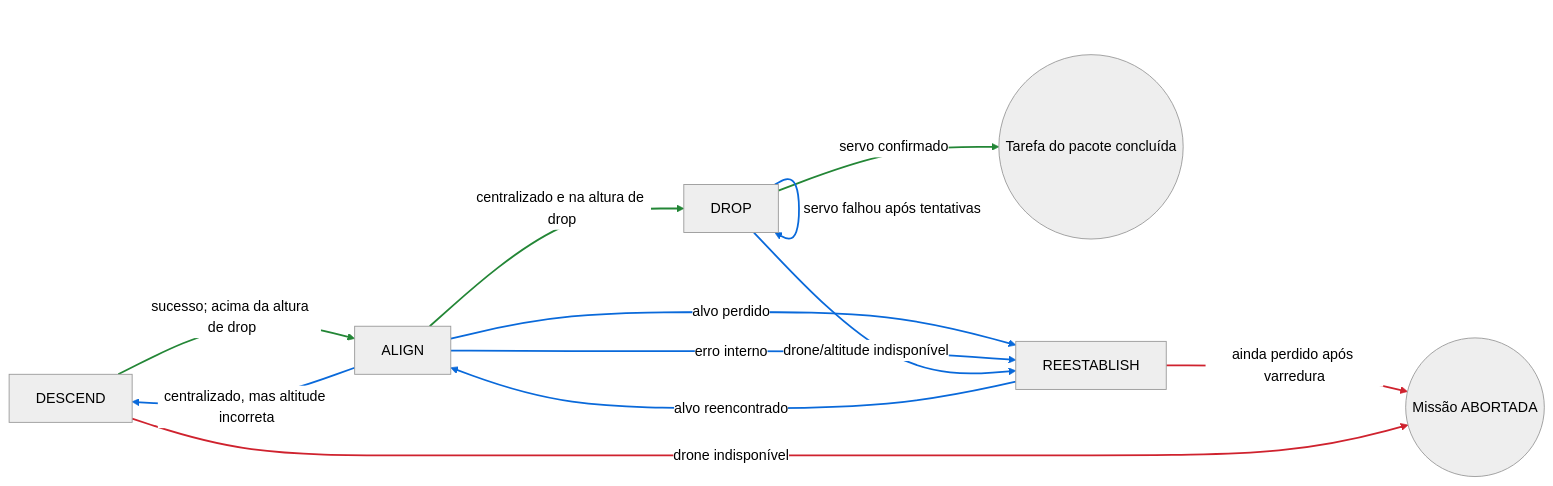
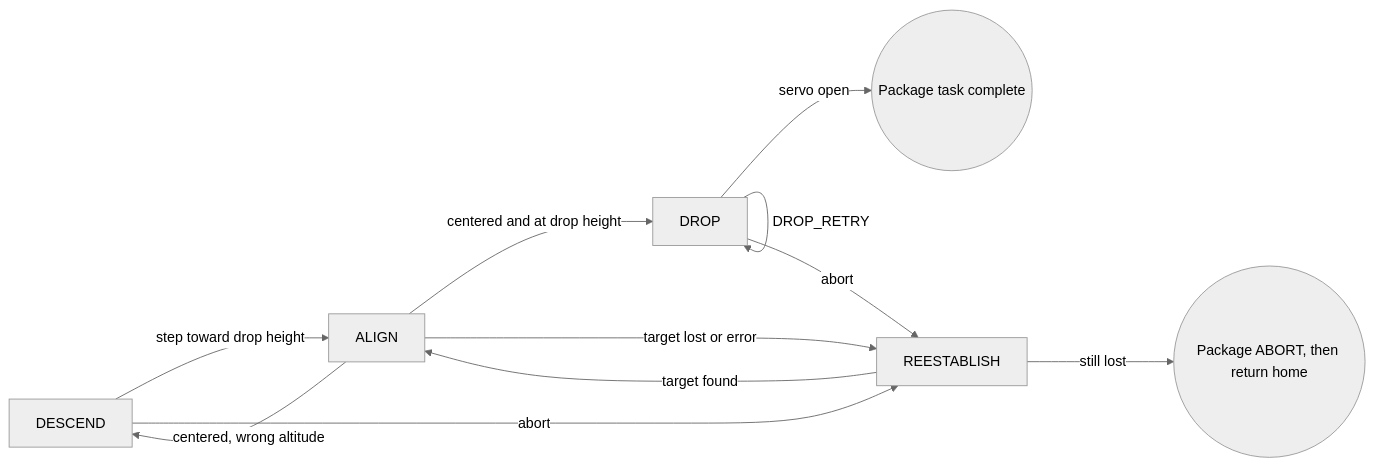
One commit to Black-Bee-Drones/imav-2026 changed the fourth of 4 diagrams in manequim/README.md. Above: the diagram before and after it, drawn with Mermaid (neutral theme). The commit also changed other lines of this file and 13 other files, not shown here.

````diff
--- a/manequim/README.md
+++ b/manequim/README.md
@@ -190,18 +176,13 @@
 ```mermaid
 flowchart LR
-    A[DESCEND] -->|sucesso; acima da altura de drop| B[ALIGN]
-    B -->|centralizado e na altura de drop| C[DROP]
-    B -->|centralizado, mas altitude incorreta| A
-    B -->|alvo perdido| D[REESTABLISH]
-    B -->|erro interno| D
-    D -->|alvo reencontrado| B
-    D -->|ainda perdido após varredura| X((Missão ABORTADA))
-    C -->|servo confirmado| E((Tarefa do pacote concluída))
-    C -->|servo falhou após tentativas| C
-    C -->|drone/altitude indisponível| D
-    A -->|drone indisponível| X
-
-    linkStyle 0,1,7 stroke:#238636,stroke-width:2px
-    linkStyle 2,3,4,5,8,9 stroke:#0969da,stroke-width:2px
-    linkStyle 6,10 stroke:#cf222e,stroke-width:2px
+    A[DESCEND] -->|step toward drop height| B[ALIGN]
+    B -->|centered and at drop height| C[DROP]
+    B -->|centered, wrong altitude| A
+    B -->|target lost or error| D[REESTABLISH]
+    A -->|abort| D
+    D -->|target found| B
+    D -->|still lost| X((Package ABORT, then return home))
+    C -->|servo open| E((Package task complete))
+    C -->|DROP_RETRY| C
+    C -->|abort| D
 ```
````
